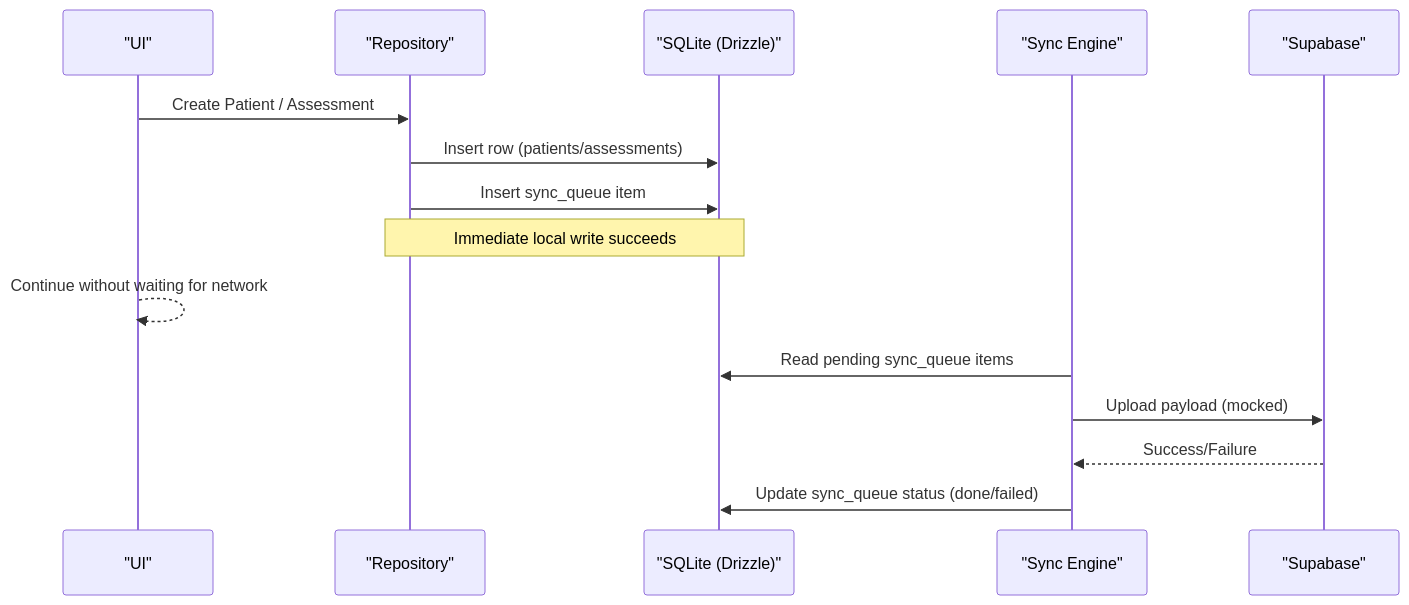
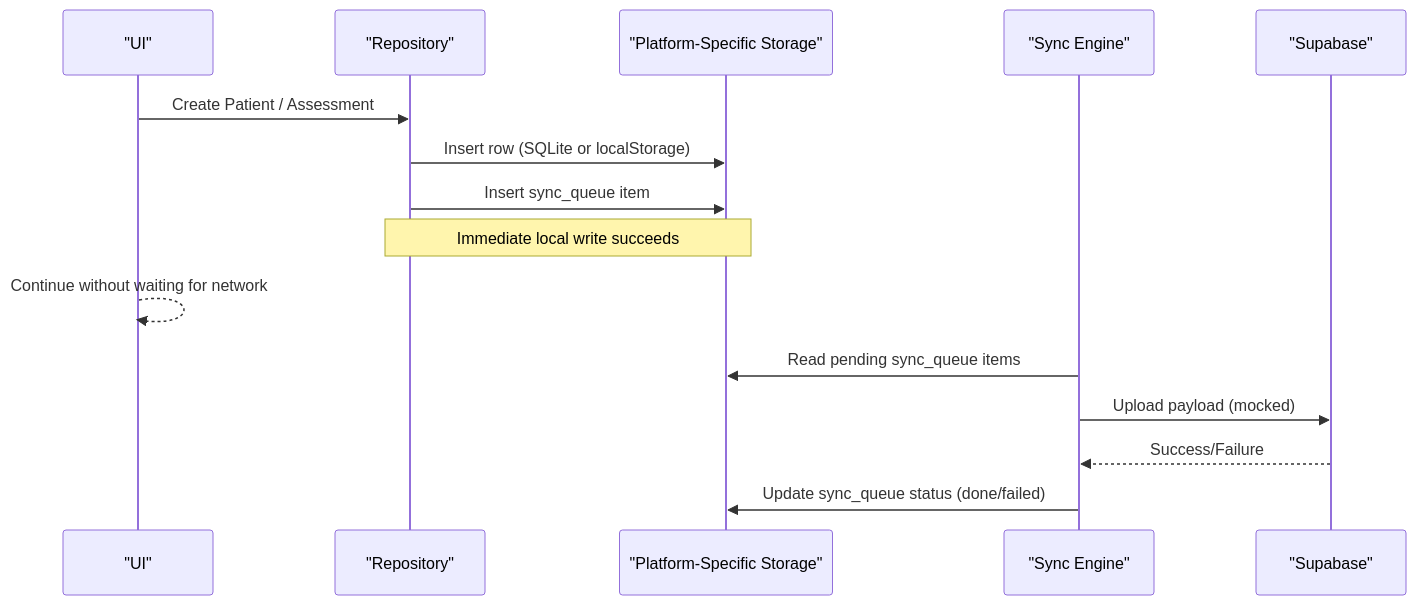
One commit to AdeelTahir-SE/DermSight changed the second of 7 diagrams in .qoder/repowiki/en/content/Database Design.md. Above: the diagram before and after it, drawn with Mermaid. The commit also changed other lines of this file and 43 other files, not shown here.

````diff
--- a/.qoder/repowiki/en/content/Database Design.md
+++ b/.qoder/repowiki/en/content/Database Design.md
@@ -90,17 +111,17 @@
 ```mermaid
 sequenceDiagram
 participant UI as "UI"
 participant Repo as "Repository"
-participant DB as "SQLite (Drizzle)"
+participant DB as "Platform-Specific Storage"
 participant Sync as "Sync Engine"
 participant Remote as "Supabase"
 UI->>Repo : Create Patient / Assessment
-Repo->>DB : Insert row (patients/assessments)
+Repo->>DB : Insert row (SQLite or localStorage)
 Repo->>DB : Insert sync_queue item
 Note over Repo,DB : Immediate local write succeeds
 UI-->>UI : Continue without waiting for network
 Sync->>DB : Read pending sync_queue items
 Sync->>Remote : Upload payload (mocked)
 Remote-->>Sync : Success/Failure
 Sync->>DB : Update sync_queue status (done/failed)
 ```
````
